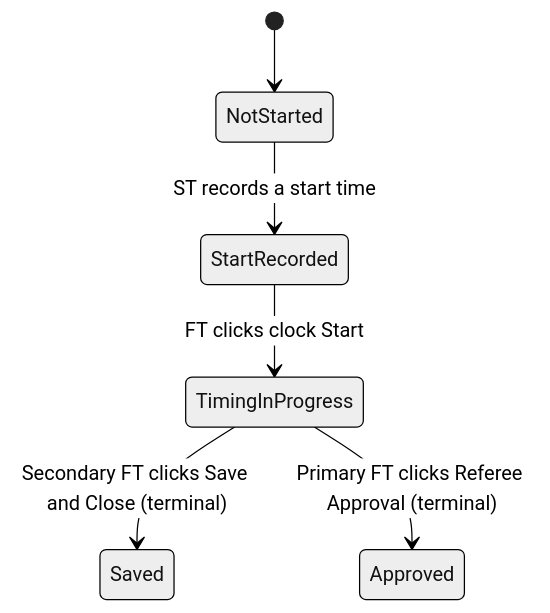
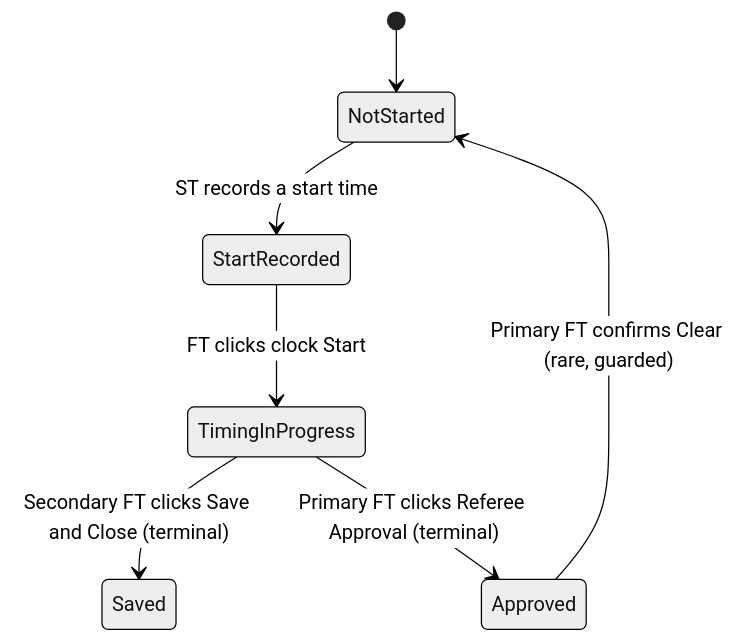
One commit to comagnaw/regattaClock changed the second of 4 diagrams in docs/features/personas/race-state-machine.md. Above: the diagram before and after it, drawn with Mermaid (neutral theme). The commit also changed other lines of this file and 5 other files, not shown here.

````diff
--- a/docs/features/personas/race-state-machine.md
+++ b/docs/features/personas/race-state-machine.md
@@ -65,8 +65,9 @@
 ```mermaid
 stateDiagram-v2
     [*] --> NotStarted
     NotStarted --> StartRecorded: ST records a start time
     StartRecorded --> TimingInProgress: FT clicks clock Start
     TimingInProgress --> Saved: Secondary FT clicks Save and Close (terminal)
     TimingInProgress --> Approved: Primary FT clicks Referee Approval (terminal)
+    Approved --> NotStarted: Primary FT confirms Clear (rare, guarded)
 ```
````
